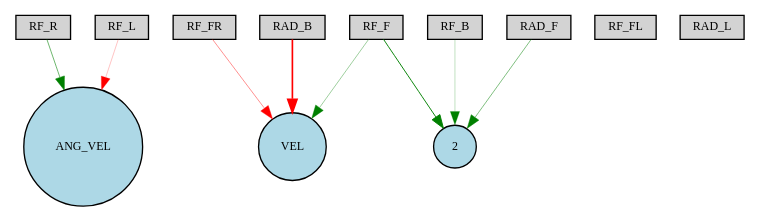
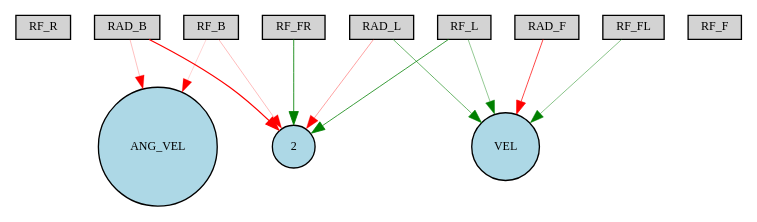
One commit to Maagero/DES-HyperNEAT-RL changed the diagram in maze_experiment_neat/out/maze_objective/hard/Digraph.gv. Above: the diagram before and after it, drawn with Graphviz. The commit also changed 137 other files, not shown here.

```diff
--- a/maze_experiment_neat/out/maze_objective/hard/Digraph.gv
+++ b/maze_experiment_neat/out/maze_objective/hard/Digraph.gv
@@ -1,23 +1,26 @@
 digraph {
 	node [fontsize=9 height=0.2 shape=circle width=0.2]
 	RF_R [fillcolor=lightgray shape=box style=filled]
 	RF_FR [fillcolor=lightgray shape=box style=filled]
 	RF_F [fillcolor=lightgray shape=box style=filled]
 	RF_FL [fillcolor=lightgray shape=box style=filled]
 	RF_L [fillcolor=lightgray shape=box style=filled]
 	RF_B [fillcolor=lightgray shape=box style=filled]
 	RAD_F [fillcolor=lightgray shape=box style=filled]
 	RAD_L [fillcolor=lightgray shape=box style=filled]
 	RAD_B [fillcolor=lightgray shape=box style=filled]
 	ANG_VEL [fillcolor=lightblue style=filled]
 	VEL [fillcolor=lightblue style=filled]
 	2 [fillcolor=lightblue style=filled]
-	RF_FR -> VEL [color=red penwidth=0.3349709619111061 style=solid]
-	RF_R -> ANG_VEL [color=green penwidth=0.433359217694095 style=solid]
-	RF_B -> 2 [color=green penwidth=0.18859658729180184 style=solid]
-	RF_F -> 2 [color=green penwidth=0.7124487489357753 style=solid]
-	RAD_F -> 2 [color=green penwidth=0.37535874324106344 style=solid]
-	RF_L -> ANG_VEL [color=red penwidth=0.17802669317893605 style=solid]
-	RF_F -> VEL [color=green penwidth=0.2861111462030853 style=solid]
-	RAD_B -> VEL [color=red penwidth=1.2399401598894542 style=solid]
+	RAD_F -> VEL [color=red penwidth=0.5383118153593336 style=solid]
+	RF_FL -> VEL [color=green penwidth=0.34911588293927565 style=solid]
+	RAD_B -> ANG_VEL [color=red penwidth=0.1873880435594719 style=solid]
+	RAD_L -> VEL [color=green penwidth=0.43575716159252764 style=solid]
+	RF_B -> 2 [color=red penwidth=0.20169480725227598 style=solid]
+	RF_L -> VEL [color=green penwidth=0.3161079821834432 style=solid]
+	RAD_B -> 2 [color=red penwidth=0.894292292495528 style=solid]
+	RF_FR -> 2 [color=green penwidth=0.634760773171289 style=solid]
+	RAD_L -> 2 [color=red penwidth=0.28291989334930107 style=solid]
+	RF_L -> 2 [color=green penwidth=0.5810968093778712 style=solid]
+	RF_B -> ANG_VEL [color=red penwidth=0.13391061542254581 style=solid]
 }
```
